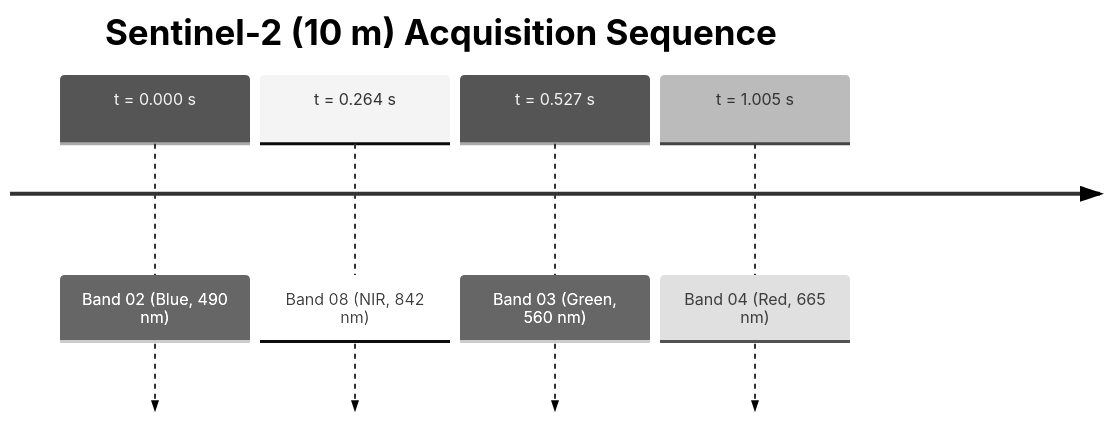
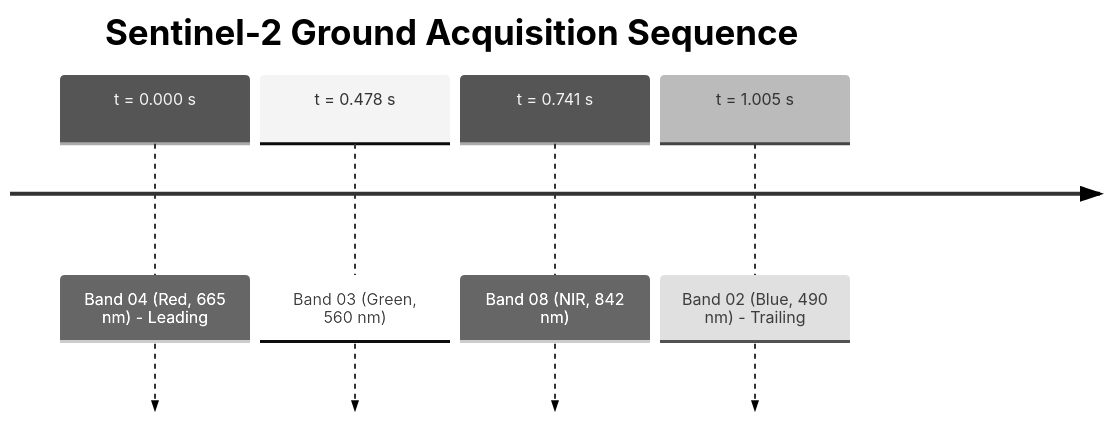
The diagram in README.md (alfredgabriel/sentinel2-movement), drawn with Mermaid (neutral theme) before and after one commit. The commit also changed other lines of this file and 14 other files, not shown here.

Commit message:
fix(kinematics): correct motion vector and ground acquisition sequence to Red -> Green -> Blue

````diff
--- a/README.md
+++ b/README.md
@@ -22,8 +24,8 @@
 ```mermaid
 timeline
-    title Sentinel-2 (10 m) Acquisition Sequence
-    t = 0.000 s : Band 02 (Blue, 490 nm)
-    t = 0.264 s : Band 08 (NIR, 842 nm)
-    t = 0.527 s : Band 03 (Green, 560 nm)
-    t = 1.005 s : Band 04 (Red, 665 nm)
+    title Sentinel-2 Ground Acquisition Sequence
+    t = 0.000 s : Band 04 (Red, 665 nm) - Leading
+    t = 0.478 s : Band 03 (Green, 560 nm)
+    t = 0.741 s : Band 08 (NIR, 842 nm)
+    t = 1.005 s : Band 02 (Blue, 490 nm) - Trailing
 ```
````
